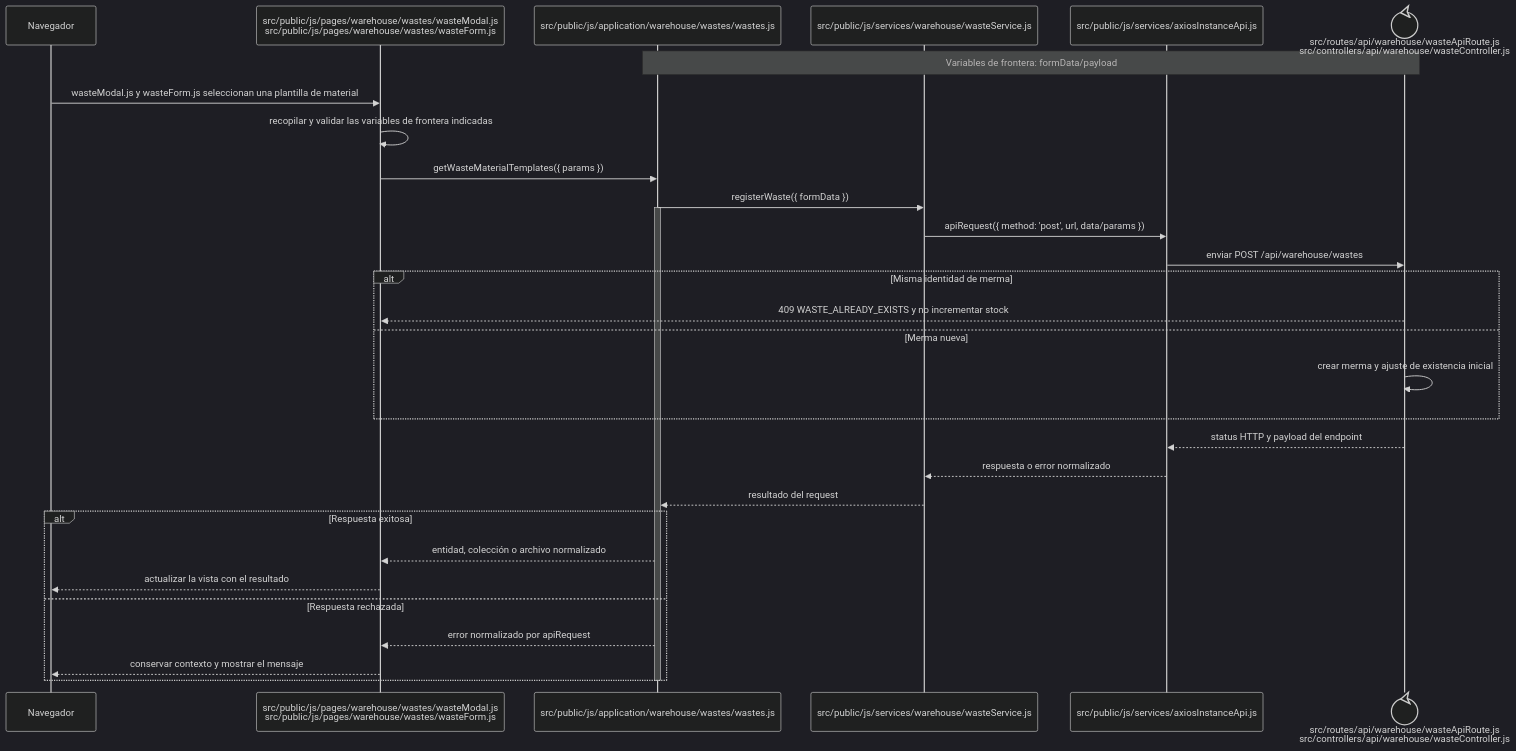
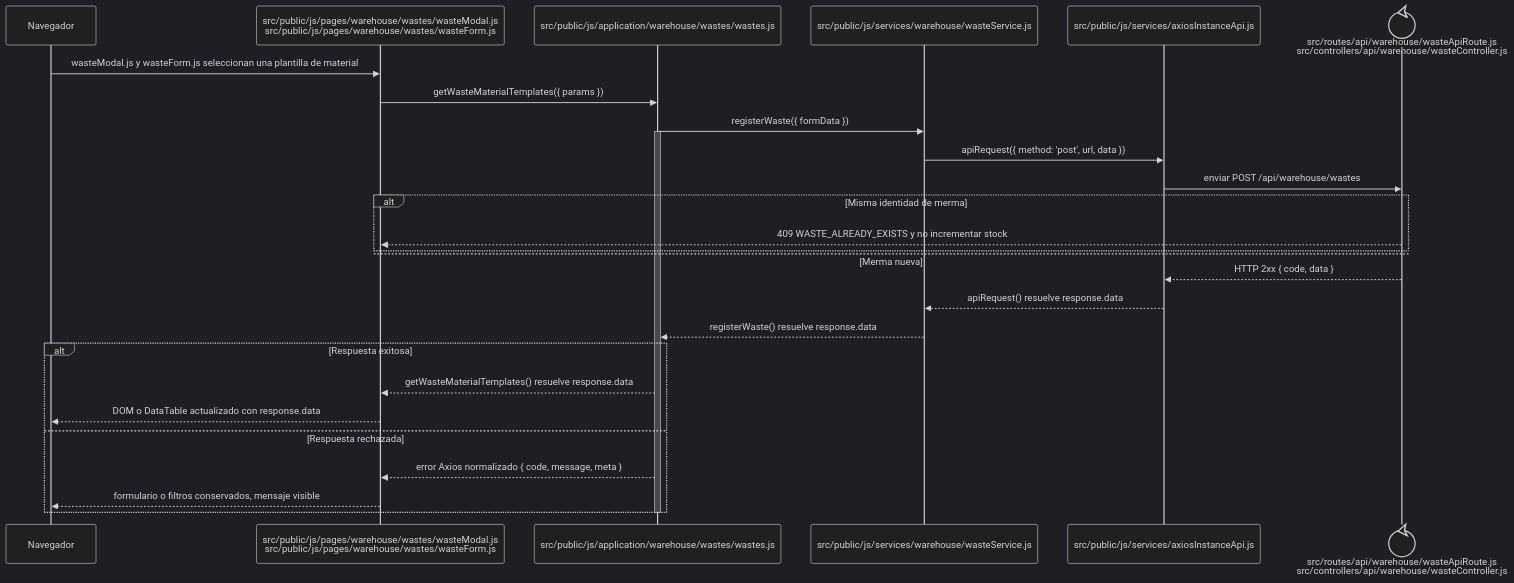
Before and after one commit to gpgsistemas01/nexus: the diagram in docs/architecture/frontend-code-sequences/catalogs/cu-alm-10.md, drawn with Mermaid (dark theme). The commit also changed 148 other files, not shown here.

````diff
--- a/docs/architecture/frontend-code-sequences/catalogs/cu-alm-10.md
+++ b/docs/architecture/frontend-code-sequences/catalogs/cu-alm-10.md
@@ -6,34 +6,31 @@
 ```mermaid
 sequenceDiagram
     participant Browser as Navegador
     participant View as src/public/js/pages/warehouse/wastes/wasteModal.js<br/>src/public/js/pages/warehouse/wastes/wasteForm.js
     participant Application as src/public/js/application/warehouse/wastes/wastes.js
     participant Request as src/public/js/services/warehouse/wasteService.js
     participant HTTP as src/public/js/services/axiosInstanceApi.js
     participant Transport@{ "type": "control" } as src/routes/api/warehouse/wasteApiRoute.js<br/>src/controllers/api/warehouse/wasteController.js
-    Note over Application,Transport: Variables de frontera: formData/payload
 
     Browser->>View: wasteModal.js y wasteForm.js seleccionan una plantilla de material
-    View->>View: recopilar y validar las variables de frontera indicadas
     View->>Application: getWasteMaterialTemplates({ params })
     Application->>Request: registerWaste({ formData })
     activate Application
-    Request->>HTTP: apiRequest({ method: 'post', url, data/params })
+    Request->>HTTP: apiRequest({ method: 'post', url, data })
     HTTP->>Transport: enviar POST /api/warehouse/wastes
     alt Misma identidad de merma
         Transport-->>View: 409 WASTE_ALREADY_EXISTS y no incrementar stock
     else Merma nueva
-        Transport->>Transport: crear merma y ajuste de existencia inicial
     end
-    Transport-->>HTTP: status HTTP y payload del endpoint
-    HTTP-->>Request: respuesta o error normalizado
-    Request-->>Application: resultado del request
+    Transport-->>HTTP: HTTP 2xx { code, data }
+    HTTP-->>Request: apiRequest() resuelve response.data
+    Request-->>Application: registerWaste() resuelve response.data
     alt Respuesta exitosa
-        Application-->>View: entidad, colección o archivo normalizado
-        View-->>Browser: actualizar la vista con el resultado
+        Application-->>View: getWasteMaterialTemplates() resuelve response.data
+        View-->>Browser: DOM o DataTable actualizado con response.data
     else Respuesta rechazada
-        Application-->>View: error normalizado por apiRequest
-        View-->>Browser: conservar contexto y mostrar el mensaje
+        Application-->>View: error Axios normalizado { code, message, meta }
+        View-->>Browser: formulario o filtros conservados, mensaje visible
     end
     deactivate Application
 ```
````
